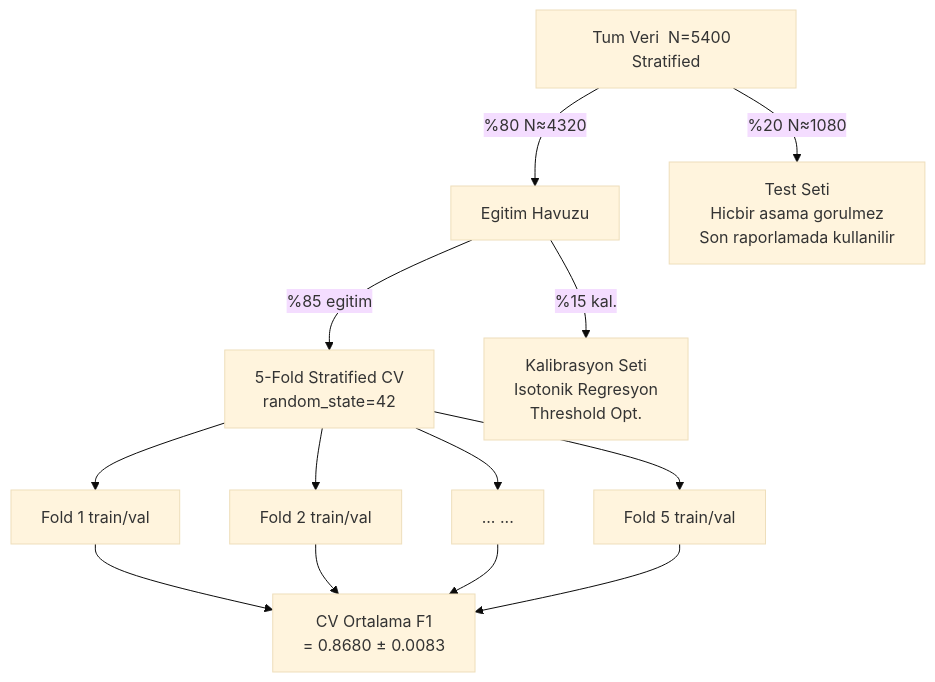
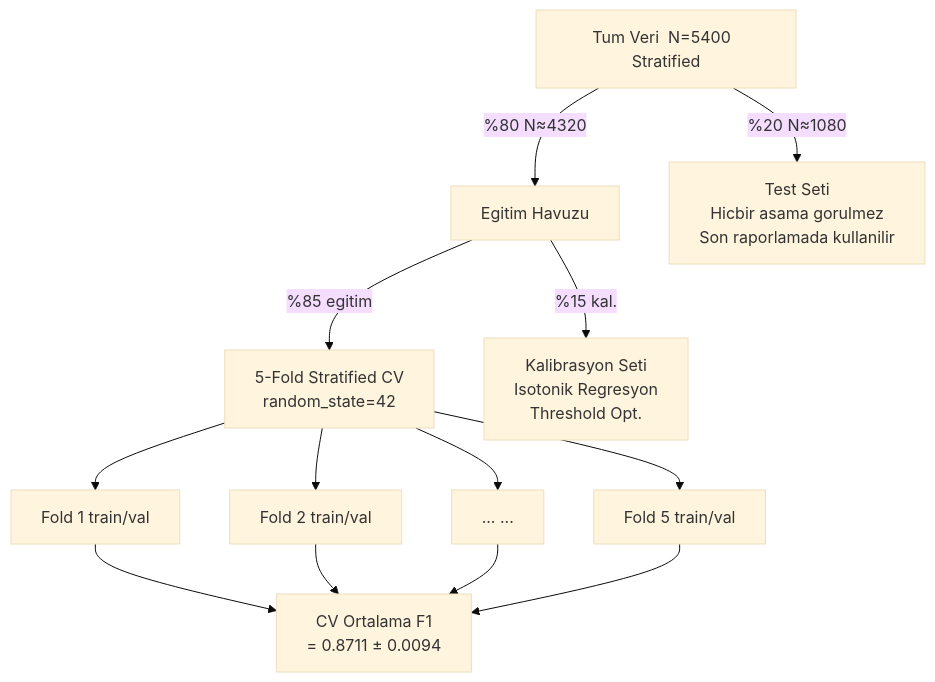
Before and after one commit to msgxr/VARIANT-GNN: diagram 11 of 16 in README.md, drawn with Mermaid (base theme). The commit also changed other lines of this file and 26 other files, not shown here.

````diff
--- a/README.md
+++ b/README.md
@@ -493,20 +493,20 @@
 ```mermaid
 flowchart TD
     ALL["Tum Veri  N=5400  Stratified"]
 
     ALL -- "%80  N≈4320" --> TRAIN["Egitim Havuzu"]
     ALL -- "%20  N≈1080" --> TEST["Test Seti\nHicbir asama gorulmez\nSon raporlamada kullanilir"]
 
     TRAIN -- "%85 egitim" --> CV["5-Fold Stratified CV\nrandom_state=42"]
     TRAIN -- "%15 kal." --> CAL["Kalibrasyon Seti\nIsotonik Regresyon\nThreshold Opt."]
 
     CV --> F1["Fold 1  train/val"]
     CV --> F2["Fold 2  train/val"]
     CV --> F3["...  ..."]
     CV --> F5["Fold 5  train/val"]
 
-    F1 --> AVG["CV Ortalama F1\n= 0.8680 ± 0.0083"]
+    F1 --> AVG["CV Ortalama F1\n= 0.8711 ± 0.0094"]
     F2 --> AVG
     F3 --> AVG
     F5 --> AVG
 ```
````
